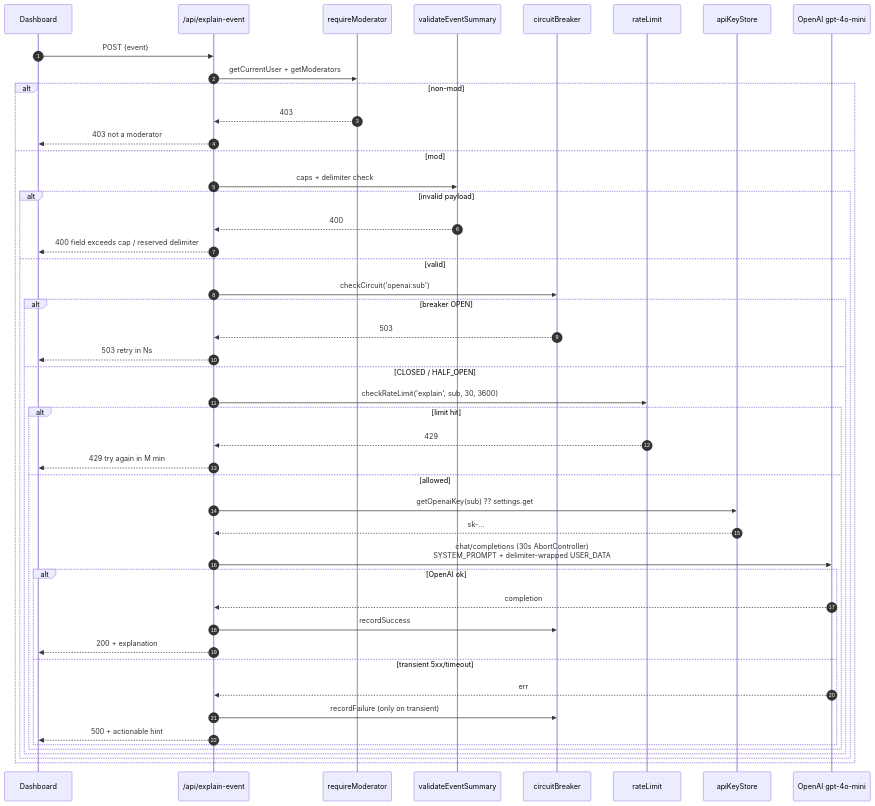
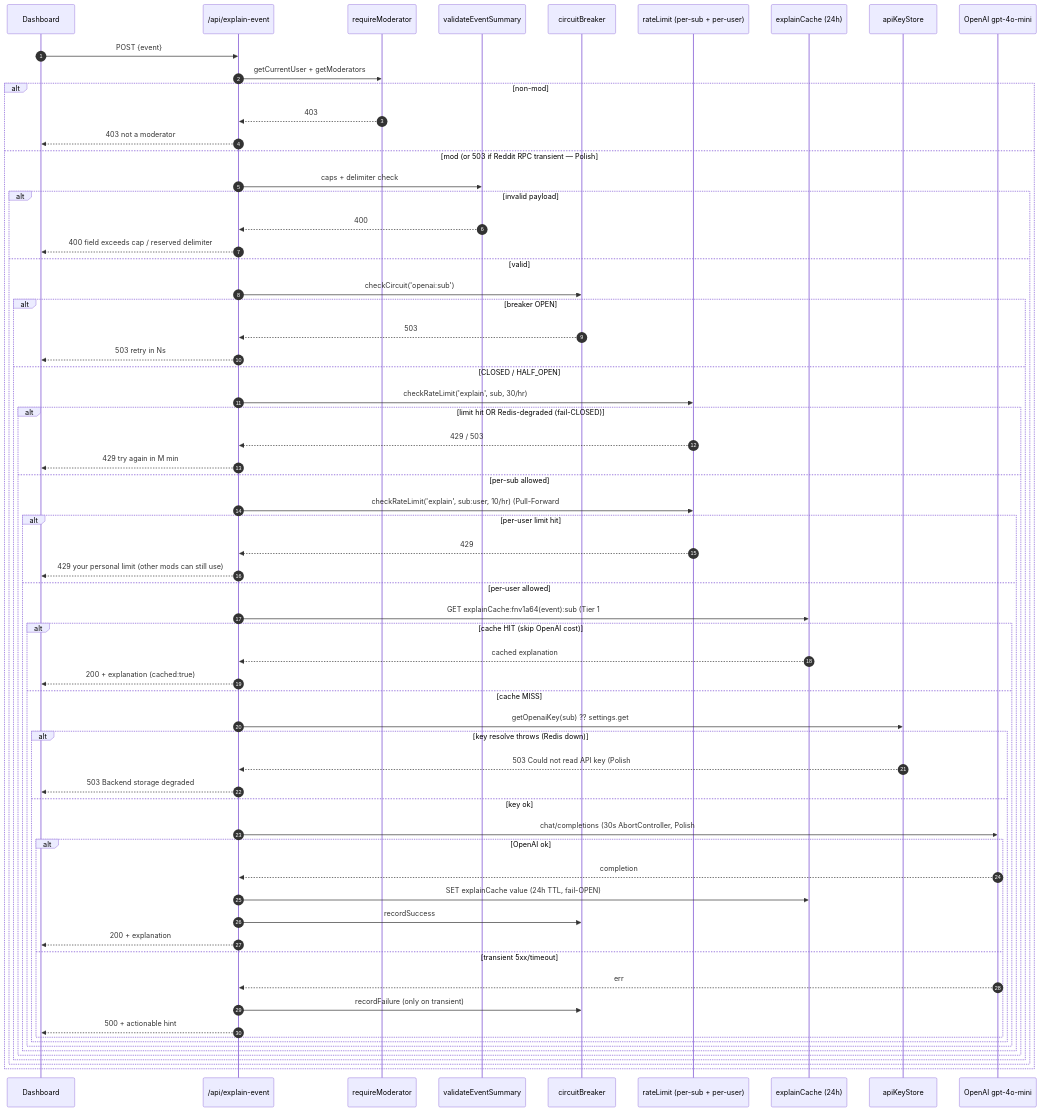
The third of 3 diagrams in README.md (StephenSook/context-mod-devvit), drawn with Mermaid before and after one commit. The commit also changed other lines of this file and 5 other files, not shown here.

First line of the commit message:
docs: tier-3 batch — diagrams, demo script, e2e scenarios, lighthouse refresh + mock-server fix

````diff
--- a/README.md
+++ b/README.md
@@ -228,52 +233,70 @@
 ```mermaid
 sequenceDiagram
   accTitle: explain-event five-gate defense in depth
   accDescr: A mod-issued AI summary request passes through five sequential gates — authentication, input validation, circuit breaker check, rate limit check, key resolution — before any byte reaches OpenAI. Each gate returns its own HTTP status so the mod gets actionable feedback at the failed layer.
   autonumber
   participant D as Dashboard
   participant H as /api/explain-event
   participant Auth as requireModerator
   participant V as validateEventSummary
   participant CB as circuitBreaker
-  participant RL as rateLimit
+  participant RL as rateLimit (per-sub + per-user)
+  participant Cache as explainCache (24h)
   participant K as apiKeyStore
   participant AI as OpenAI gpt-4o-mini
 
   D->>H: POST {event}
   H->>Auth: getCurrentUser + getModerators
   alt non-mod
     Auth-->>H: 403
     H-->>D: 403 not a moderator
-  else mod
+  else mod (or 503 if Reddit RPC transient — Polish #10)
     H->>V: caps + delimiter check
     alt invalid payload
       V-->>H: 400
       H-->>D: 400 field exceeds cap / reserved delimiter
     else valid
       H->>CB: checkCircuit('openai:sub')
       alt breaker OPEN
         CB-->>H: 503
         H-->>D: 503 retry in Ns
       else CLOSED / HALF_OPEN
-        H->>RL: checkRateLimit('explain', sub, 30, 3600)
-        alt limit hit
-          RL-->>H: 429
+        H->>RL: checkRateLimit('explain', sub, 30/hr)
+        alt limit hit OR Redis-degraded (fail-CLOSED)
+          RL-->>H: 429 / 503
           H-->>D: 429 try again in M min
-        else allowed
-          H->>K: getOpenaiKey(sub) ?? settings.get
-          K-->>H: sk-...
-          H->>AI: chat/completions (30s AbortController)<br/>SYSTEM_PROMPT + delimiter-wrapped USER_DATA
-          alt OpenAI ok
-            AI-->>H: completion
-            H->>CB: recordSuccess
-            H-->>D: 200 + explanation
-          else transient 5xx/timeout
-            AI-->>H: err
-            H->>CB: recordFailure (only on transient)
-            H-->>D: 500 + actionable hint
+        else per-sub allowed
+          H->>RL: checkRateLimit('explain', sub:user, 10/hr) (Pull-Forward #7)
+          alt per-user limit hit
+            RL-->>H: 429
+            H-->>D: 429 your personal limit (other mods can still use)
+          else per-user allowed
+            H->>Cache: GET explainCache:fnv1a64(event):sub (Tier 1 #151)
+            alt cache HIT (skip OpenAI cost)
+              Cache-->>H: cached explanation
+              H-->>D: 200 + explanation (cached:true)
+            else cache MISS
+              H->>K: getOpenaiKey(sub) ?? settings.get
+              alt key resolve throws (Redis down)
+                K-->>H: 503 Could not read API key (Polish #20 catches)
+                H-->>D: 503 Backend storage degraded
+              else key ok
+                H->>AI: chat/completions (30s AbortController, Polish #25)<br/>SYSTEM_PROMPT + delimiter-wrapped USER_DATA
+                alt OpenAI ok
+                  AI-->>H: completion
+                  H->>Cache: SET explainCache value (24h TTL, fail-OPEN)
+                  H->>CB: recordSuccess
+                  H-->>D: 200 + explanation
+                else transient 5xx/timeout
+                  AI-->>H: err
+                  H->>CB: recordFailure (only on transient)
+                  H-->>D: 500 + actionable hint
+                end
+              end
+            end
           end
         end
       end
     end
   end
 ```
````
